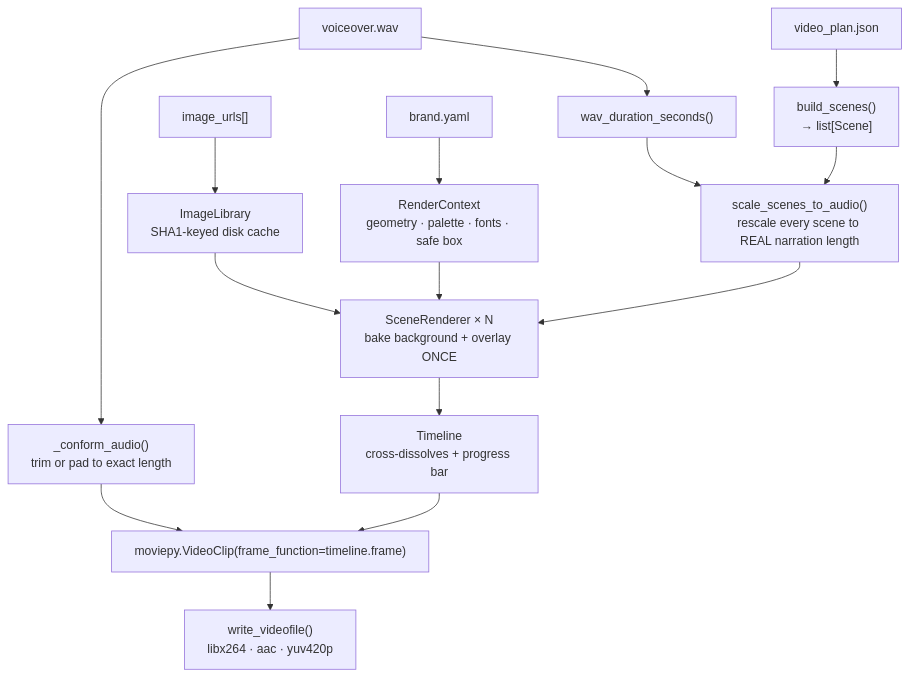
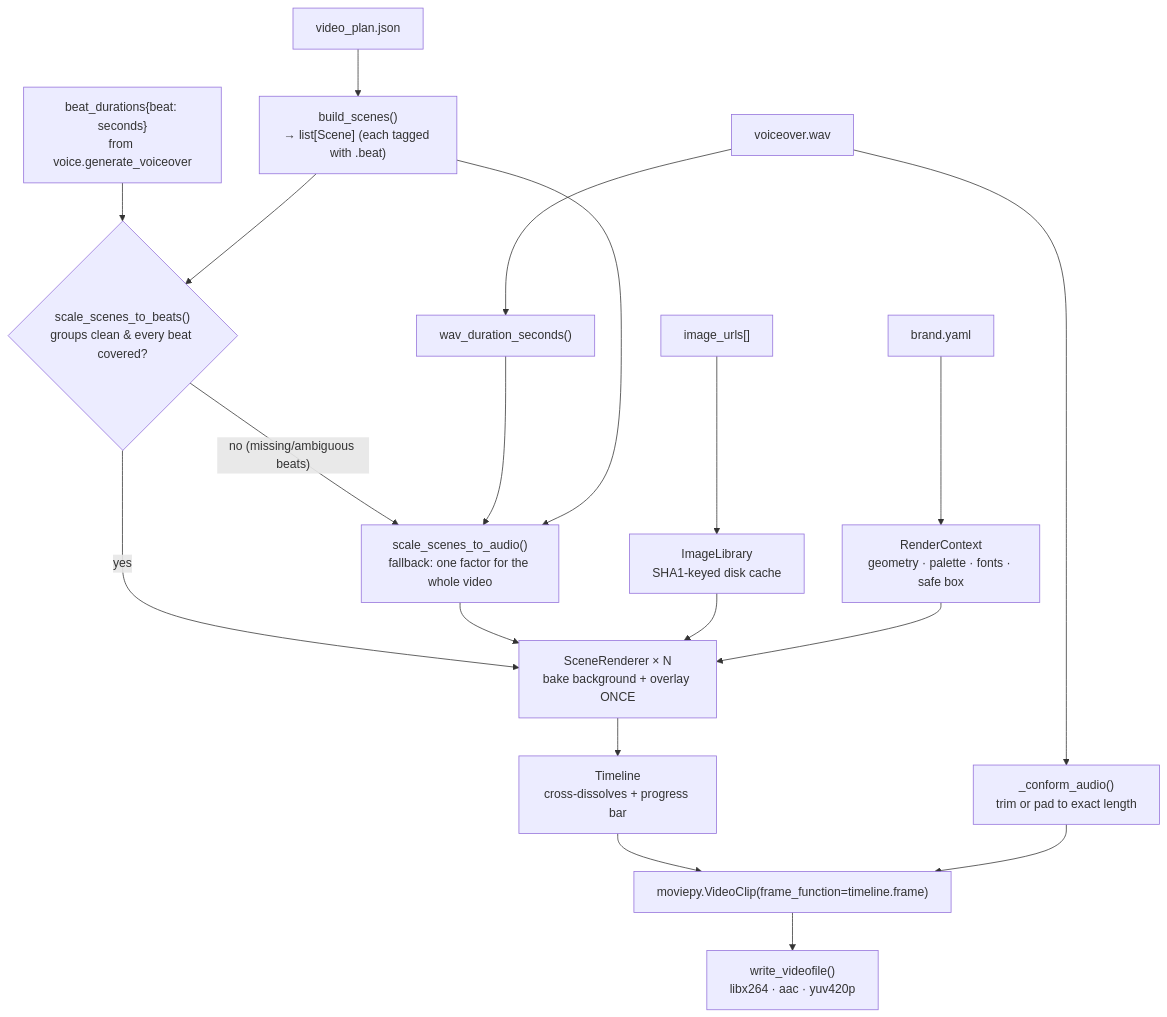
The ninth of 11 diagrams in docs/PROJECT_DOCUMENTATION.md (Shyamsundarkanaka/AI-Powered-Marketing-Content-Generation), drawn with Mermaid before and after one commit. The commit also changed other lines of this file and 1 other file, not shown here.

````diff
--- a/docs/PROJECT_DOCUMENTATION.md
+++ b/docs/PROJECT_DOCUMENTATION.md
@@ -1588,17 +1615,21 @@
 ```mermaid
 flowchart TD
-    P["video_plan.json"] --> BS["build_scenes()<br/>→ list[Scene]"]
+    P["video_plan.json"] --> BS["build_scenes()<br/>→ list[Scene] (each tagged with .beat)"]
     IU["image_urls[]"] --> IL["ImageLibrary<br/>SHA1-keyed disk cache"]
     BR["brand.yaml"] --> CTX["RenderContext<br/>geometry · palette · fonts · safe box"]
     VO["voiceover.wav"] --> AD["wav_duration_seconds()"]
-    AD --> SS["scale_scenes_to_audio()<br/>rescale every scene to REAL narration length"]
+    BD["beat_durations{beat: seconds}<br/>from voice.generate_voiceover"] --> SB{"scale_scenes_to_beats()<br/>groups clean & every beat covered?"}
+    BS --> SB
+    SB -->|yes| SR
+    SB -->|"no (missing/ambiguous beats)"| SS["scale_scenes_to_audio()<br/>fallback: one factor for the whole video"]
+    AD --> SS
     BS --> SS
     SS --> SR["SceneRenderer × N<br/>bake background + overlay ONCE"]
     IL --> SR
     CTX --> SR
     SR --> TL["Timeline<br/>cross-dissolves + progress bar"]
     TL --> VC["moviepy.VideoClip(frame_function=timeline.frame)"]
     VO --> CA["_conform_audio()<br/>trim or pad to exact length"]
     CA --> VC
     VC --> FF["write_videofile()<br/>libx264 · aac · yuv420p"]
 ```
````
